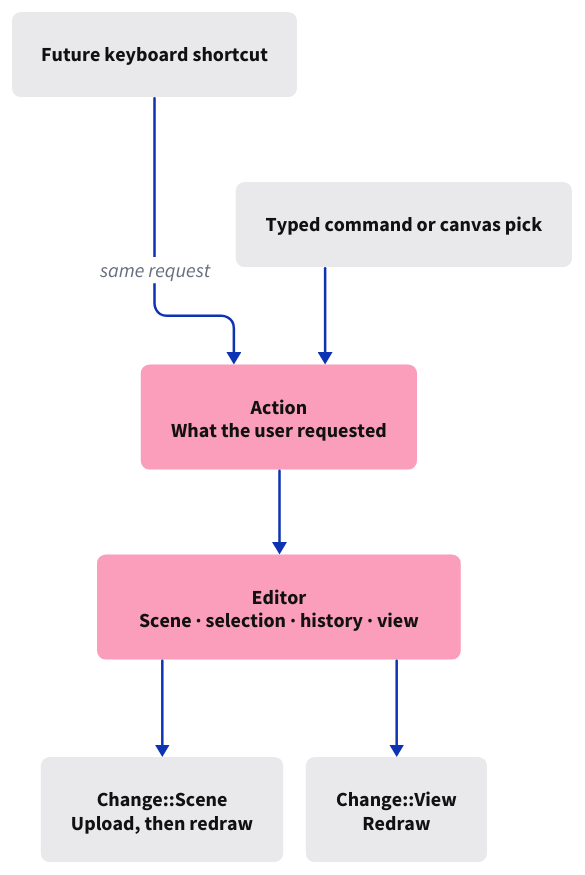
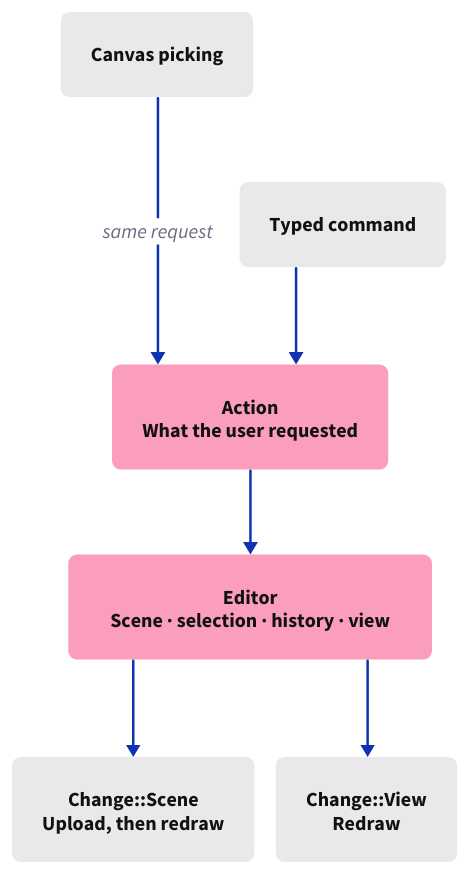
The diagram in session_viewer/docs/diagrams/journey-19.d2 (petrasvestartas/session), drawn with D2 before and after one commit. The commit also changed 144 other files, not shown here.

```diff
--- a/session_viewer/docs/diagrams/journey-19.d2
+++ b/session_viewer/docs/diagrams/journey-19.d2
@@ -1,18 +1,18 @@
 vars: { d2-config: { layout-engine: elk; pad: 20; theme-id: 0 } }
 style: { fill: "#ffffff" }
 classes: {
   box: { style: { fill: "#e9e9ec"; stroke: "#e9e9ec"; border-radius: 6; font-size: 16; font-color: "#111111" } }
   focus: { style: { fill: "#fa9ebc"; stroke: "#fa9ebc"; border-radius: 6; font-size: 16; font-color: "#111111" } }
 }
 direction: down
-button: "Typed command or canvas pick" {class: box}
-keyboard: "Future keyboard shortcut" {class: box}
+command: "Typed command" {class: box}
+pointer: "Canvas picking" {class: box}
 action: "Action\nWhat the user requested" {class: focus}
 editor: "Editor\nScene · selection · history · view" {class: focus}
 scene: "Change::Scene\nUpload, then redraw" {class: box}
 view: "Change::View\nRedraw" {class: box}
-button -> action
-keyboard -> action: "same request"
+command -> action
+pointer -> action: "same request"
 action -> editor
 editor -> scene
 editor -> view
```
